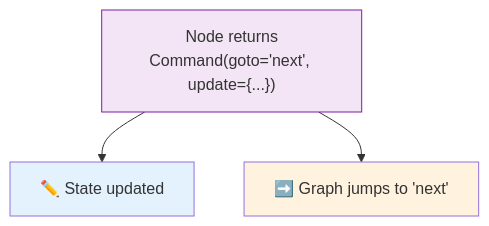
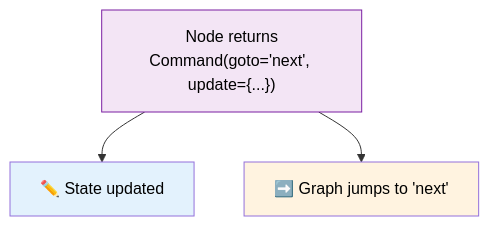
The diagram in 35_command_langgraph/README.md (remolaan/Agentic-AI-Cookbook), drawn with Mermaid before and after one commit. The commit also changed 45 other files, not shown here.

Commit message:
Fix Mermaid diagram text colors for readability across all READMEs

````diff
--- a/35_command_langgraph/README.md
+++ b/35_command_langgraph/README.md
@@ -7,9 +7,9 @@
 ```mermaid
 flowchart TD
     N["Node returns<br/>Command(goto='next', update={...})"]
     N --> U["✏️ State updated"]
     N --> G["➡️ Graph jumps to 'next'"]
-    style N fill:#f3e5f5,stroke:#7b1fa2
-    style U fill:#e3f2fd
-    style G fill:#fff3e0
+    style N fill:#f3e5f5,stroke:#7b1fa2,color:#000000
+    style U fill:#e3f2fd,color:#000000
+    style G fill:#fff3e0,color:#000000
 ```
````
